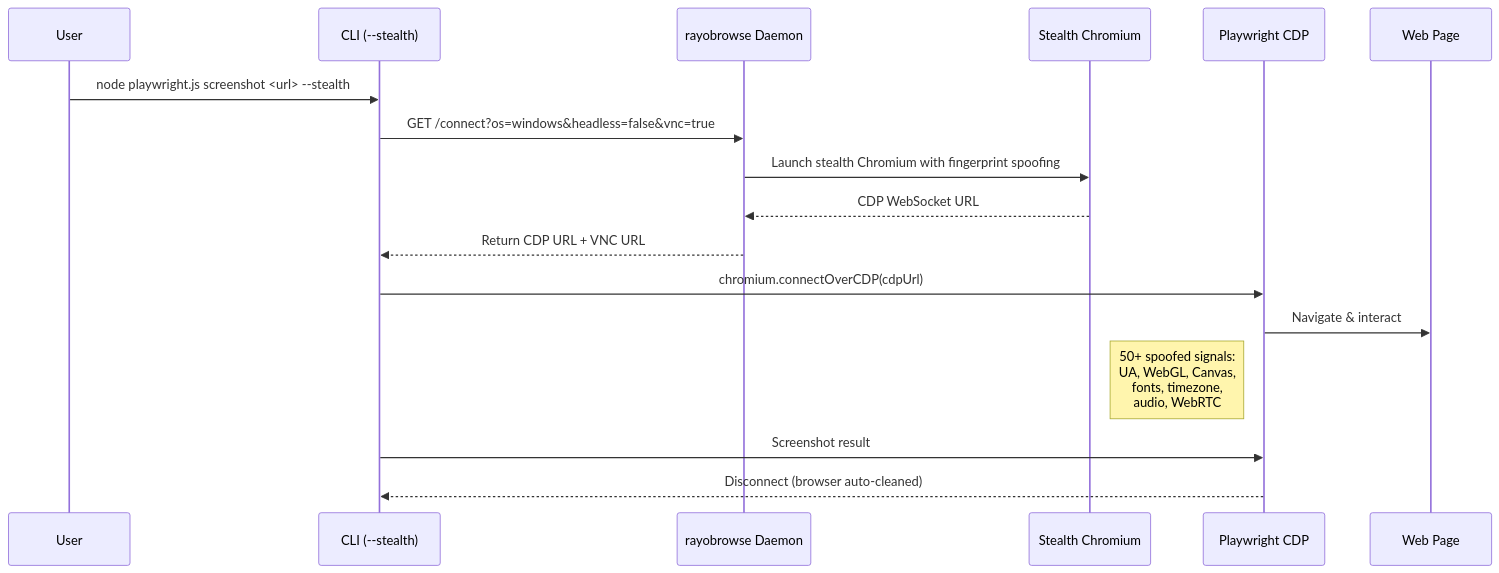
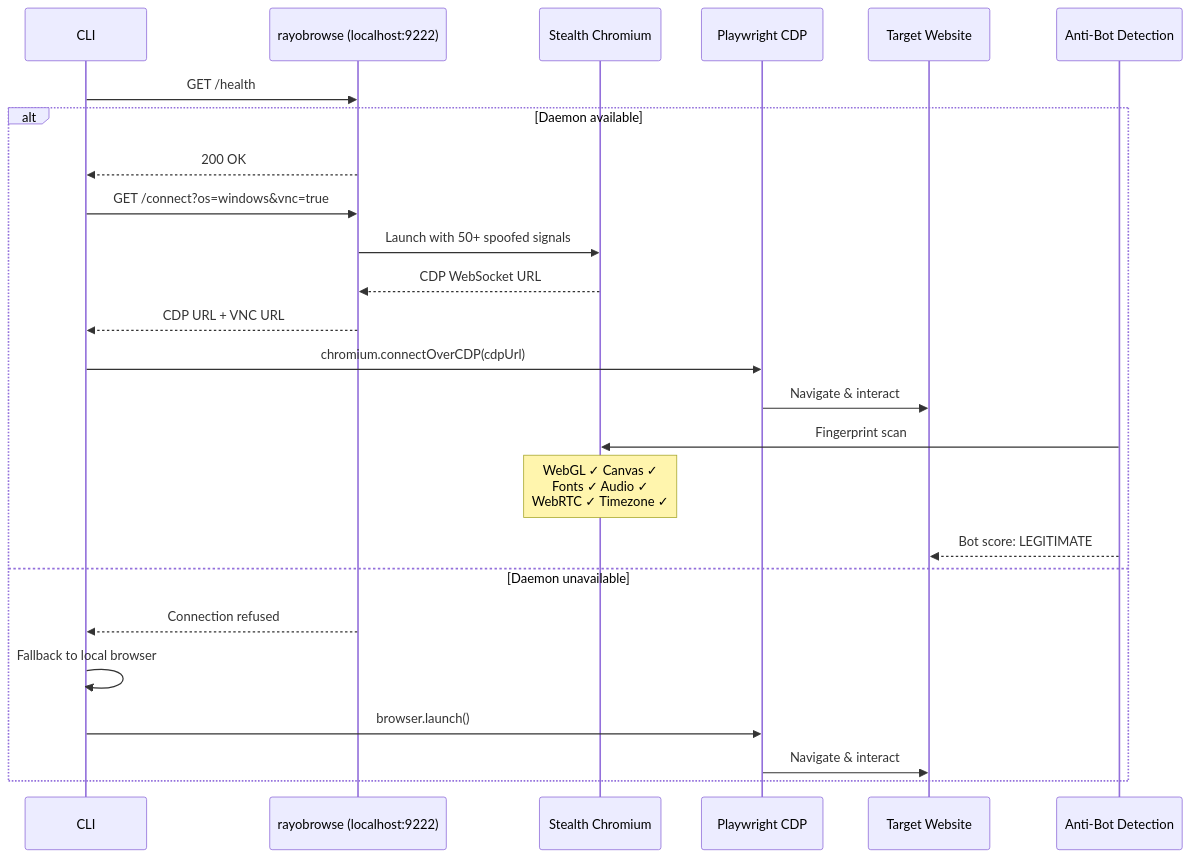
One commit to marceli1404/system-automation changed the fourth of 7 diagrams in README.md. Above: the diagram before and after it, drawn with Mermaid. The commit also changed other lines of this file and 2 other files, not shown here.

Commit message:
Add site search with data extraction, redo Mermaid diagrams, add resource links

````diff
--- a/README.md
+++ b/README.md
@@ -199,20 +198,28 @@
 ```mermaid
 sequenceDiagram
-    participant User
-    participant CLI as CLI (--stealth)
-    participant Daemon as rayobrowse Daemon
+    participant CLI as CLI
+    participant Daemon as rayobrowse (localhost:9222)
     participant Browser as Stealth Chromium
     participant PW as Playwright CDP
-    participant Page as Web Page
+    participant Target as Target Website
+    participant Detector as Anti-Bot Detection
 
-    User->>CLI: node playwright.js screenshot <url> --stealth
-    CLI->>Daemon: GET /connect?os=windows&headless=false&vnc=true
-    Daemon->>Browser: Launch stealth Chromium with fingerprint spoofing
-    Browser-->>Daemon: CDP WebSocket URL
-    Daemon-->>CLI: Return CDP URL + VNC URL
-    CLI->>PW: chromium.connectOverCDP(cdpUrl)
-    PW->>Page: Navigate & interact
-    Note right of Browser: 50+ spoofed signals:<br/>UA, WebGL, Canvas,<br/>fonts, timezone,<br/>audio, WebRTC
-    CLI->>PW: Screenshot result
-    PW-->>CLI: Disconnect (browser auto-cleaned)
+    CLI->>Daemon: GET /health
+    alt Daemon available
+        Daemon-->>CLI: 200 OK
+        CLI->>Daemon: GET /connect?os=windows&vnc=true
+        Daemon->>Browser: Launch with 50+ spoofed signals
+        Browser-->>Daemon: CDP WebSocket URL
+        Daemon-->>CLI: CDP URL + VNC URL
+        CLI->>PW: chromium.connectOverCDP(cdpUrl)
+        PW->>Target: Navigate & interact
+        Detector->>Browser: Fingerprint scan
+        Note over Browser: WebGL ✓ Canvas ✓<br/>Fonts ✓ Audio ✓<br/>WebRTC ✓ Timezone ✓
+        Detector-->>Target: Bot score: LEGITIMATE
+    else Daemon unavailable
+        Daemon-->>CLI: Connection refused
+        CLI->>CLI: Fallback to local browser
+        CLI->>PW: browser.launch()
+        PW->>Target: Navigate & interact
+    end
 ```
````
